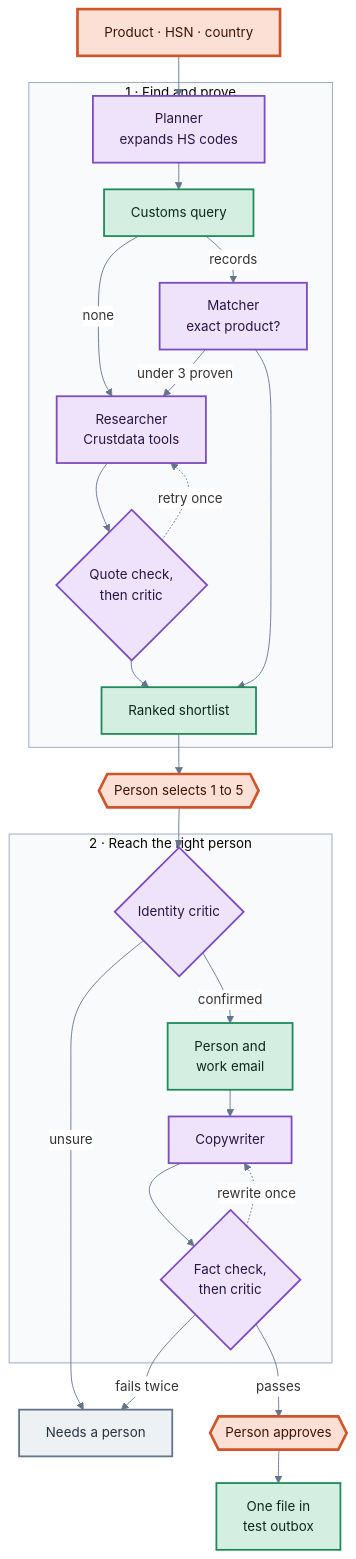
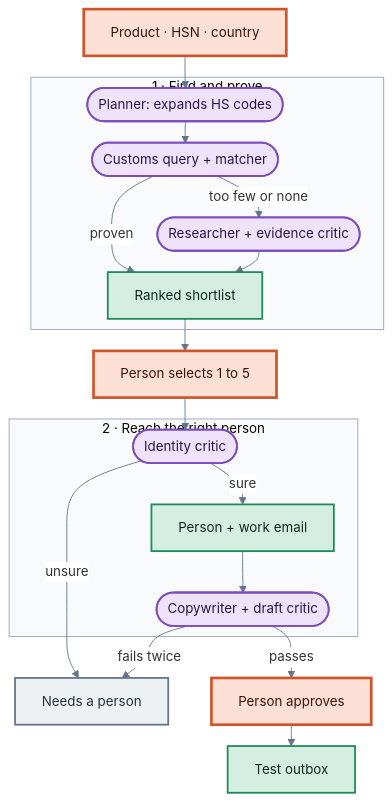
The second of 4 diagrams in README.md (DityaSen29/tradescout), drawn with Mermaid before and after one commit. The commit also changed other lines of this file, not shown here.

Commit message:
README: tighten diagram sizing and dark-mode legibility

````diff
--- a/README.md
+++ b/README.md
@@ -361,41 +361,32 @@
 ```mermaid
-%%{init: {"theme":"base","themeVariables":{"fontSize":"15px","lineColor":"#64748b","clusterBkg":"#f8fafc","clusterBorder":"#94a3b8","edgeLabelBackground":"#ffffff"},"flowchart":{"nodeSpacing":24,"rankSpacing":30,"curve":"basis"}}}%%
+%%{init: {"theme":"base","themeVariables":{"fontSize":"15px","lineColor":"#64748b","clusterBkg":"#f8fafc","clusterBorder":"#94a3b8","edgeLabelBackground":"#ffffff"},"flowchart":{"nodeSpacing":34,"rankSpacing":24,"curve":"basis","wrappingWidth":260}}}%%
 flowchart TB
   IN["Product · HSN · country"]:::human
   subgraph FIND["1 · Find and prove"]
-    PL["Planner<br/>expands HS codes"]:::agent
-    CQ["Customs query"]:::code
-    MA["Matcher<br/>exact product?"]:::agent
-    RE["Researcher<br/>Crustdata tools"]:::agent
-    EC{"Quote check,<br/>then critic"}:::agent
+    PL(["Planner: expands HS codes"]):::agent
+    MA(["Customs query + matcher"]):::agent
+    RE(["Researcher + evidence critic"]):::agent
     SL["Ranked shortlist"]:::code
   end
-  PICK{{"Person selects 1 to 5"}}:::human
+  PICK["Person selects 1 to 5"]:::human
   subgraph REACH["2 · Reach the right person"]
-    IC{"Identity critic"}:::agent
-    EN["Person and<br/>work email"]:::code
-    CW["Copywriter"]:::agent
-    DC{"Fact check,<br/>then critic"}:::agent
+    IC(["Identity critic"]):::agent
+    EN["Person + work email"]:::code
+    CW(["Copywriter + draft critic"]):::agent
   end
   NP["Needs a person"]:::stop
-  OK{{"Person approves"}}:::human
-  OB["One file in<br/>test outbox"]:::code
-  IN --> PL --> CQ
-  CQ -->|records| MA
-  CQ -->|none| RE
-  MA -->|under 3 proven| RE
-  RE --> EC
-  EC -.->|retry once| RE
-  EC --> SL
-  MA --> SL
+  OK["Person approves"]:::human
+  OB["Test outbox"]:::code
+  IN --> PL --> MA
+  MA -->|proven| SL
+  MA -->|too few or none| RE --> SL
   SL --> PICK --> IC
-  IC -->|confirmed| EN --> CW --> DC
+  IC -->|sure| EN --> CW
   IC -->|unsure| NP
-  DC -.->|rewrite once| CW
-  DC -->|fails twice| NP
-  DC -->|passes| OK --> OB
+  CW -->|fails twice| NP
+  CW -->|passes| OK --> OB
   classDef agent fill:#eee3fa,stroke:#7c4bc0,stroke-width:2px,color:#2a1446
   classDef code fill:#d4efe1,stroke:#1e8a5a,stroke-width:2px,color:#0b2a1c
   classDef human fill:#fde0d5,stroke:#d0542a,stroke-width:3px,color:#3d1405
   classDef stop fill:#eef1f4,stroke:#64748b,stroke-width:2px,color:#26313d
 ```
````
